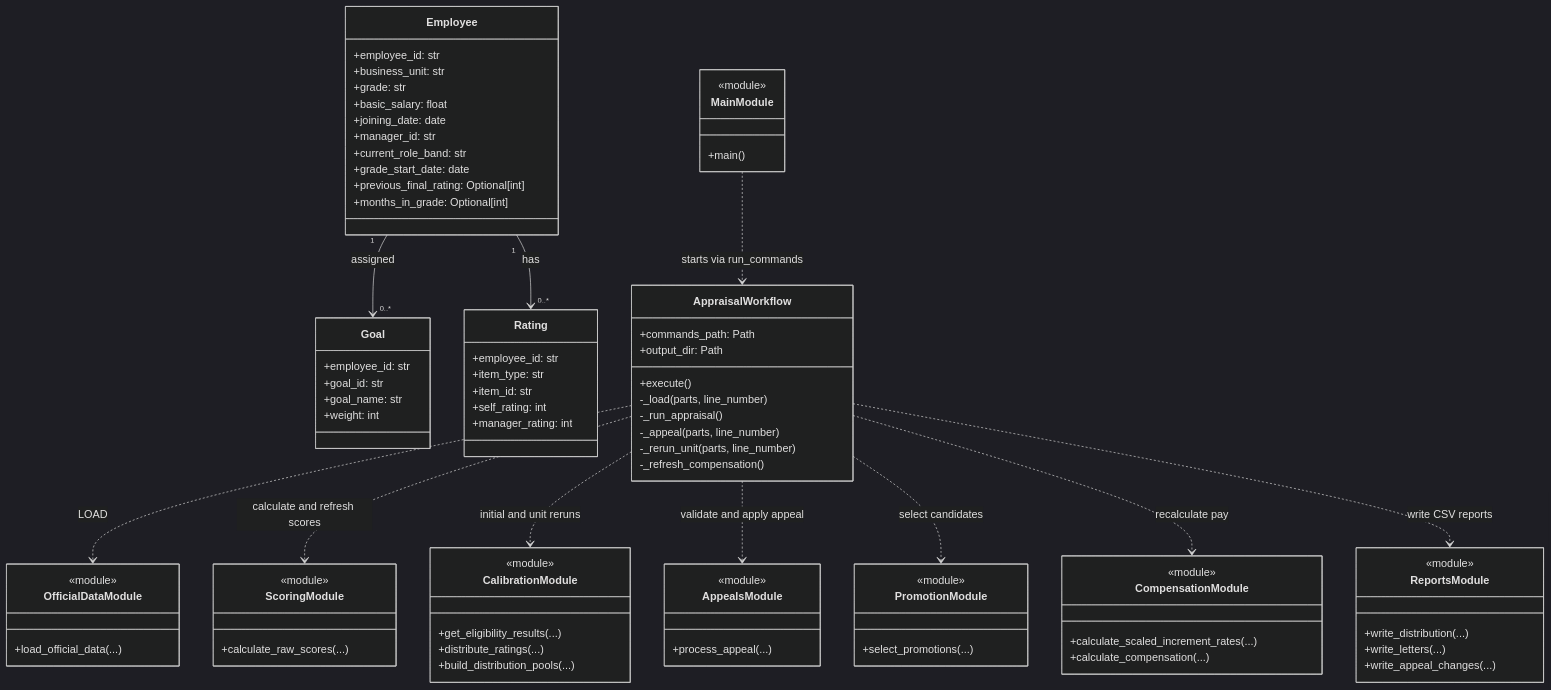
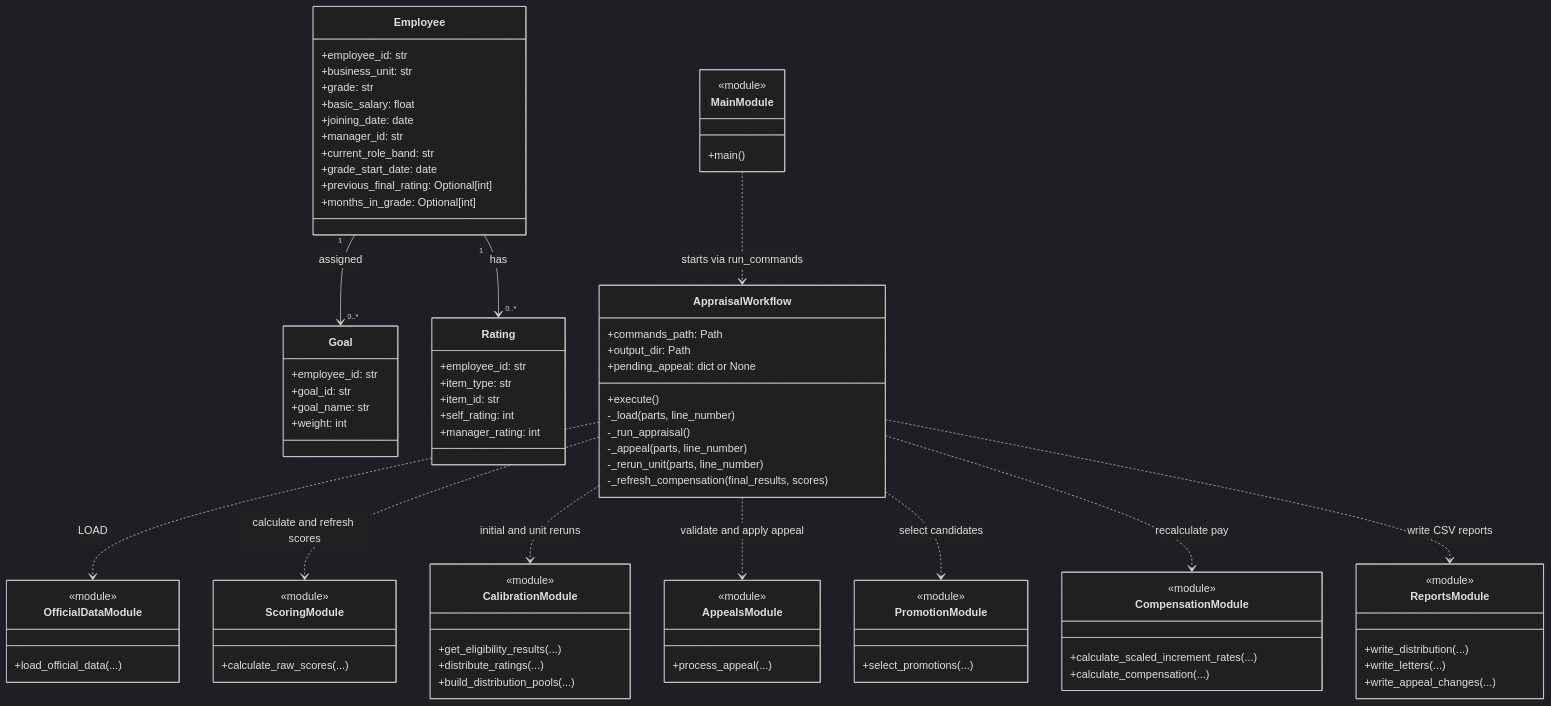
Before and after one commit to shreyaprabhu2206/T103-PS-057: the diagram in docs/class_diagram.md, drawn with Mermaid (dark theme). The commit also changed other lines of this file and 14 other files, not shown here.

```diff
--- a/docs/class_diagram.md
+++ b/docs/class_diagram.md
@@ -37,12 +37,13 @@
     class AppraisalWorkflow {
         +commands_path: Path
         +output_dir: Path
+        +pending_appeal: dict or None
         +execute()
         -_load(parts, line_number)
         -_run_appraisal()
         -_appeal(parts, line_number)
         -_rerun_unit(parts, line_number)
-        -_refresh_compensation()
+        -_refresh_compensation(final_results, scores)
     }
 
     class MainModule {
```
